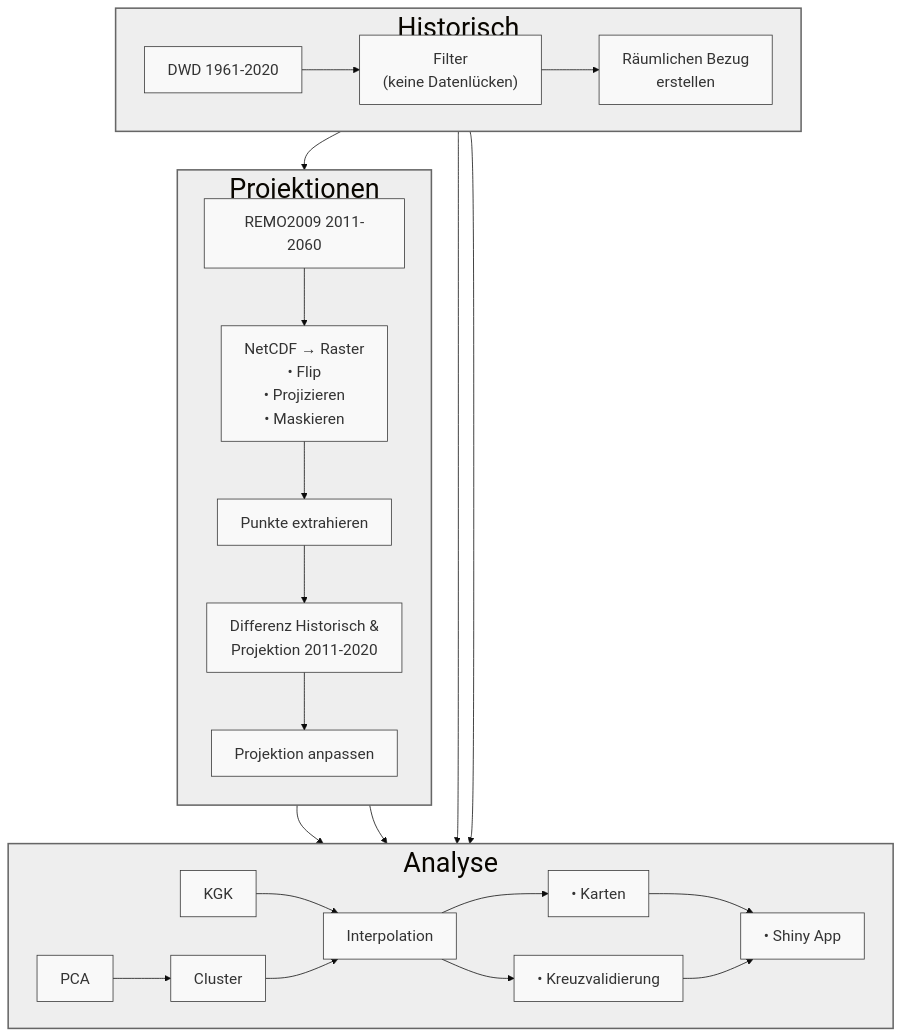
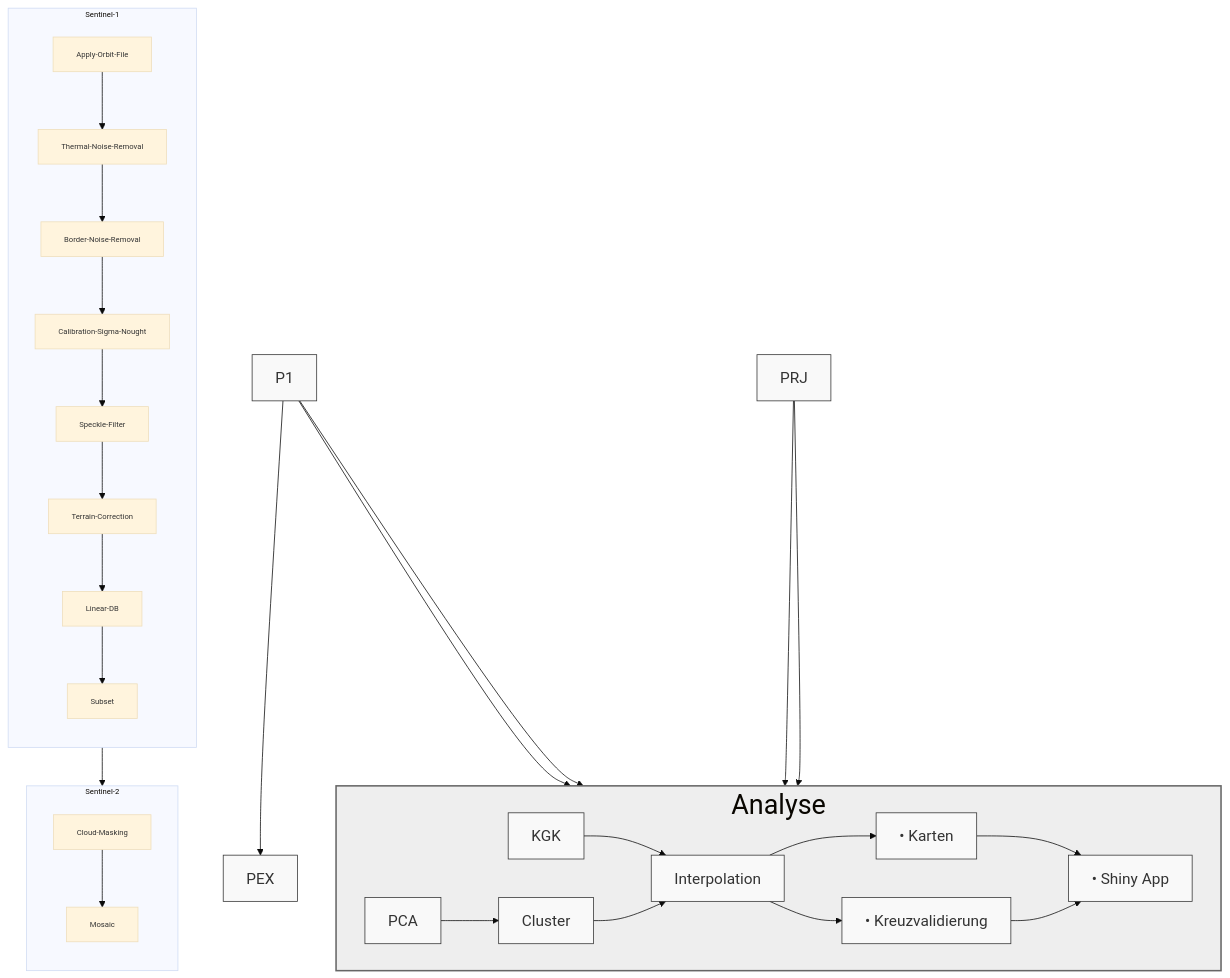
One commit to Dege314/MLU_LSS_1 changed the diagram in README.md. Above: the diagram before and after it, drawn with Mermaid.

Commit message:
Add Sentinel-1 and Sentinel-2 subgraphs to README

````diff
--- a/README.md
+++ b/README.md
@@ -4,47 +4,50 @@
 ```mermaid
 %%{init: {'theme': 'base', 'themeVariables': { 'fontSize': '10px', 'fontFamily': 'arial' }}}%%
 graph TD
     %% Konfiguration für gerade/eckige Linien
     linkStyle default orthogonal
 
-    %% Historische Daten Subgraph
-    subgraph historisch["Historisch"]
-        direction LR
-        DWD["DWD 1961-2020"] --> F1["Filter<br>(keine Datenlücken)"]
-        F1 --> P1["Räumlichen Bezug<br>erstellen"]
+    %% S1-Subgraph
+    subgraph Sentinel-1["Sentinel-1"]
+        direction TD
+        OAF["Apply-Orbit-File"] --> TNR["Thermal-Noise-Removal"]
+        TNR --> BNR["Border-Noise-Removal"]
+        BNR --> Cal["Calibration-Sigma-Nought"]
+        Cal --> SPK["Speckle-Filter"]
+        SPK --> TCR["Terrain-Correction"]
+        TCR --> LDB["Linear-DB"]
+        LDB --> SUB["Subset"]
     end
 
-    %% Projektionen Subgraph
-    subgraph projektionen["Projektionen"]
+    %% Sentinel-2 Subgraph
+    subgraph Sentinel-2["Sentinel-2"]
         direction TB
-        REMO["REMO2009 2011-2060"] --> N2R["NetCDF → Raster<br>• Flip<br>• Projizieren<br>• Maskieren"]
-        N2R --> PEX["Punkte extrahieren"]
-        PEX --> DIF["Differenz Historisch &<br>Projektion 2011-2020"]
-        DIF --> PRJ["Projektion anpassen"]
+        SUB["Subset"] --> CLM["Cloud-Masking"]
+        CLM --> MSC["Mosaic"]
     end
 
     %% Analyse Subgraph
     subgraph analyse["Analyse"]
         direction LR
         KR["KGK"] --> IN["Interpolation"]
         PC["PCA"] --> CL["Cluster"]
         CL --> IN
         IN --> Map["• Karten"]
         IN --> CV["• Kreuzvalidierung"]
         Map --> App["• Shiny App"]
         CV --> App
     end
 
     %% Verbindungen zwischen Subgraphs
     P1 --> PEX
     P1 --> KR
     P1 --> PC
     PRJ --> KR
     PRJ --> PC
 
     %% Stil- und Layoutoptimierungen
     classDef box fill:#f9f9f9,stroke:#333,stroke-width:1px,font-size:20px
     classDef subgraph_style fill:#eeeeee,stroke:#666,stroke-width:2px,font-size:35px
     class DWD,REMO,F1,N2R,PEX,DIF,PRJ,P1,KR,PC,CL,IN,Map,CV,App box
     class historisch,projektionen,analyse subgraph_style
 ```
````
